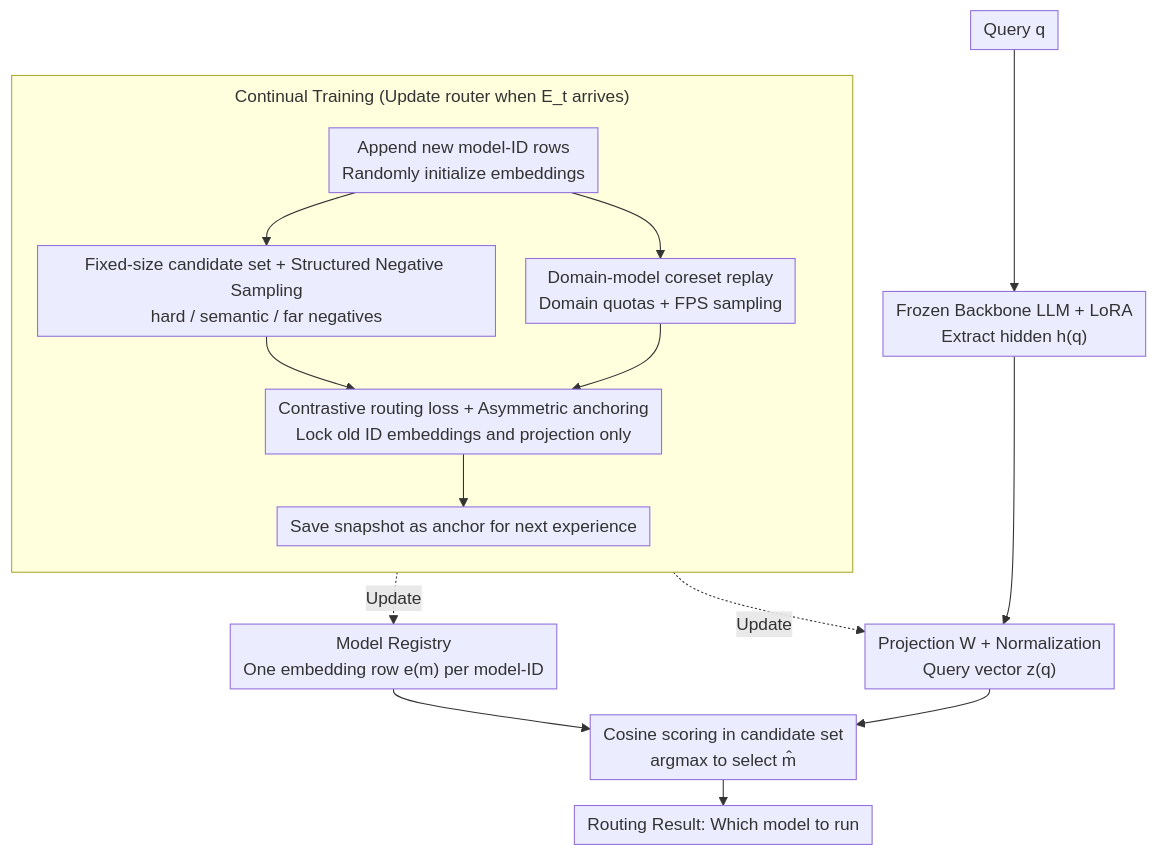
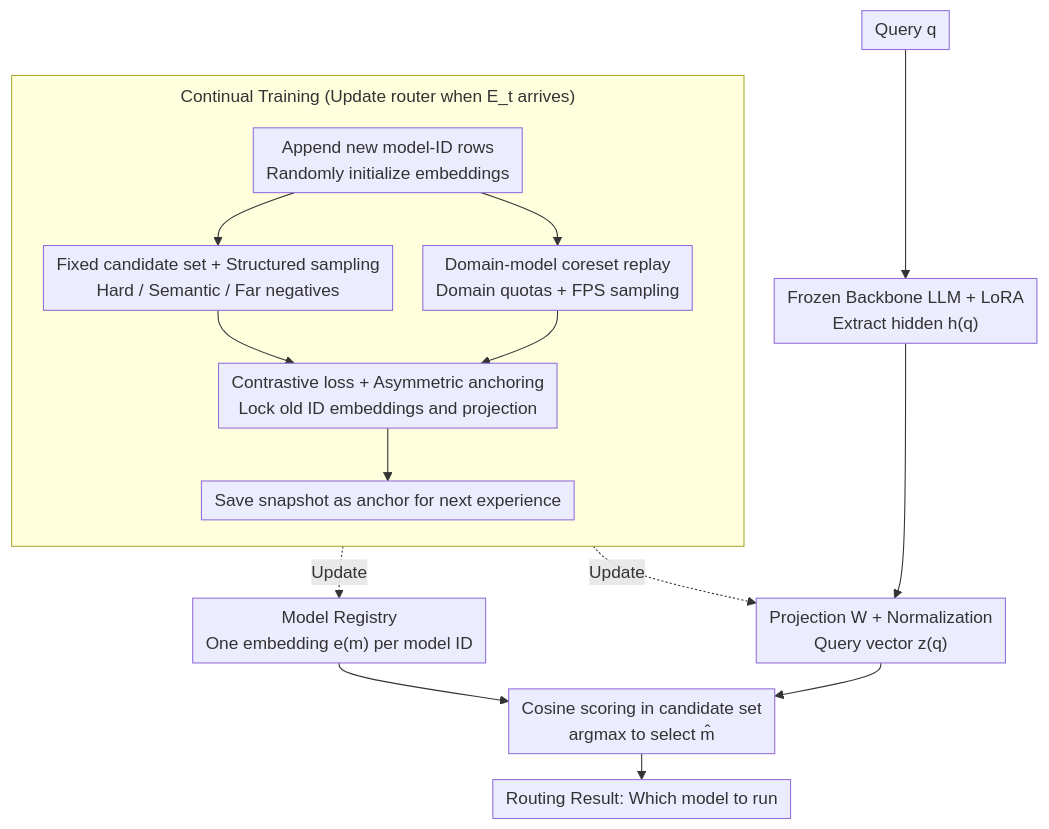
The diagram in docs/ICML2026/model_compression/continual_model_routing_in_evolving_model_hubs.md (zhaoyang97/Paper-Notes-en), drawn with Mermaid before and after one commit. The commit also changed other lines of this file and 5084 other files, not shown here.

````diff
--- a/docs/ICML2026/model_compression/continual_model_routing_in_evolving_model_hubs.md
+++ b/docs/ICML2026/model_compression/continual_model_routing_in_evolving_model_hubs.md
@@ -48,21 +48,21 @@
 ```mermaid
 %%{init: {'flowchart': {'rankSpacing': 24, 'nodeSpacing': 28, 'padding': 6, 'wrappingWidth': 400, 'subGraphTitleMargin': {'top': 8, 'bottom': 16}}}}%%
 flowchart TD
     Q["Query q"] --> BB["Frozen Backbone LLM + LoRA<br/>Extract hidden h(q)"]
     BB --> PROJ["Projection W + Normalization<br/>Query vector z(q)"]
-    REG["Model Registry<br/>One embedding row e(m) per model-ID"] --> SCORE
+    REG["Model Registry<br/>One embedding e(m) per model ID"] --> SCORE
     PROJ --> SCORE["Cosine scoring in candidate set<br/>argmax to select m̂"]
     SCORE --> OUT["Routing Result: Which model to run"]
 
     subgraph TRAIN["Continual Training (Update router when E_t arrives)"]
         direction TB
-        NEW["Append new model-ID rows<br/>Randomly initialize embeddings"] --> CAND["Fixed-size candidate set + Structured Negative Sampling<br/>hard / semantic / far negatives"]
+        NEW["Append new model-ID rows<br/>Randomly initialize embeddings"] --> CAND["Fixed candidate set + Structured sampling<br/>Hard / Semantic / Far negatives"]
         NEW --> RPL["Domain-model coreset replay<br/>Domain quotas + FPS sampling"]
-        CAND --> LOSS["Contrastive routing loss + Asymmetric anchoring<br/>Lock old ID embeddings and projection only"]
+        CAND --> LOSS["Contrastive loss + Asymmetric anchoring<br/>Lock old ID embeddings and projection"]
         RPL --> LOSS
         LOSS --> SNAP["Save snapshot as anchor for next experience"]
     end
 
     SNAP -.Update.-> REG
     LOSS -.Update.-> PROJ
 ```
````
